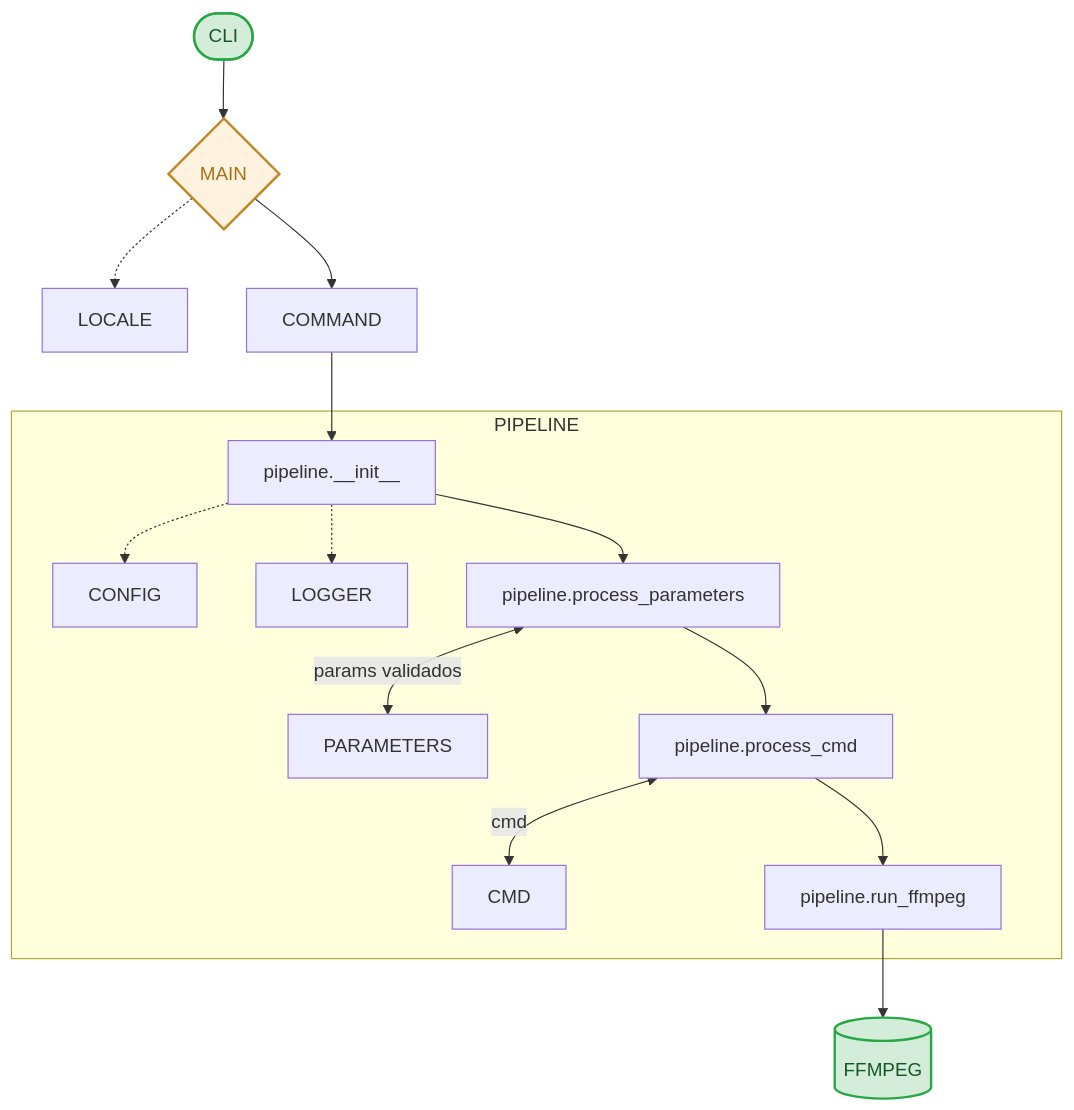
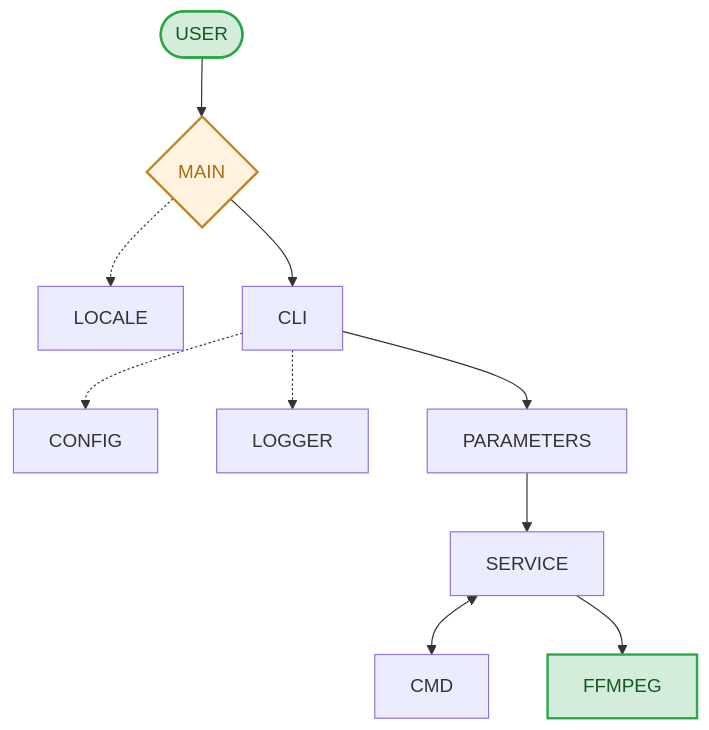
The diagram in README.md (isidro-rodriguez/pyMedia), drawn with Mermaid before and after one commit. The commit also changed other lines of this file and 84 other files, not shown here.

````diff
--- a/README.md
+++ b/README.md
@@ -311,23 +312,15 @@
 ```mermaid
 flowchart TD
-    CLI(["CLI"]) --> MAIN{"MAIN"} 
+    USER(["USER"]) --> MAIN{"MAIN"} 
     MAIN -.-> LOCALE
-    MAIN --> COMMAND
-    COMMAND --> P0["pipeline.__init__"]
-
-    subgraph PIPELINE["PIPELINE"]
-        P0 -.-> CONFIG
-        P0 -.-> LOGGER
-        P0 --> P1["pipeline.process_parameters"]
-        P1 <-->|"params validados"| PARAMETERS
-        P1 --> P2["pipeline.process_cmd"]
-        P2 <-->|"cmd"| CMD
-        P2 --> P3["pipeline.run_ffmpeg"]
-    end
-
-    P3 --> FFMPEG[("FFMPEG")]
-
-    style CLI    fill:#d4edda,stroke:#28a745,stroke-width:2px,color:#155724;
+    MAIN --> CLI
+    CLI -.-> CONFIG
+    CLI -.-> LOGGER
+    CLI --> PARAMETERS --> SERVICE
+    SERVICE <--> CMD
+    SERVICE --> FFMPEG
+    
+    style USER   fill:#d4edda,stroke:#28a745,stroke-width:2px,color:#155724;
     style FFMPEG fill:#d4edda,stroke:#28a745,stroke-width:2px,color:#155724;
     style MAIN   fill:#fff3e0,stroke:#c28525,stroke-width:2px,color:#a86e13;
 ```
````
